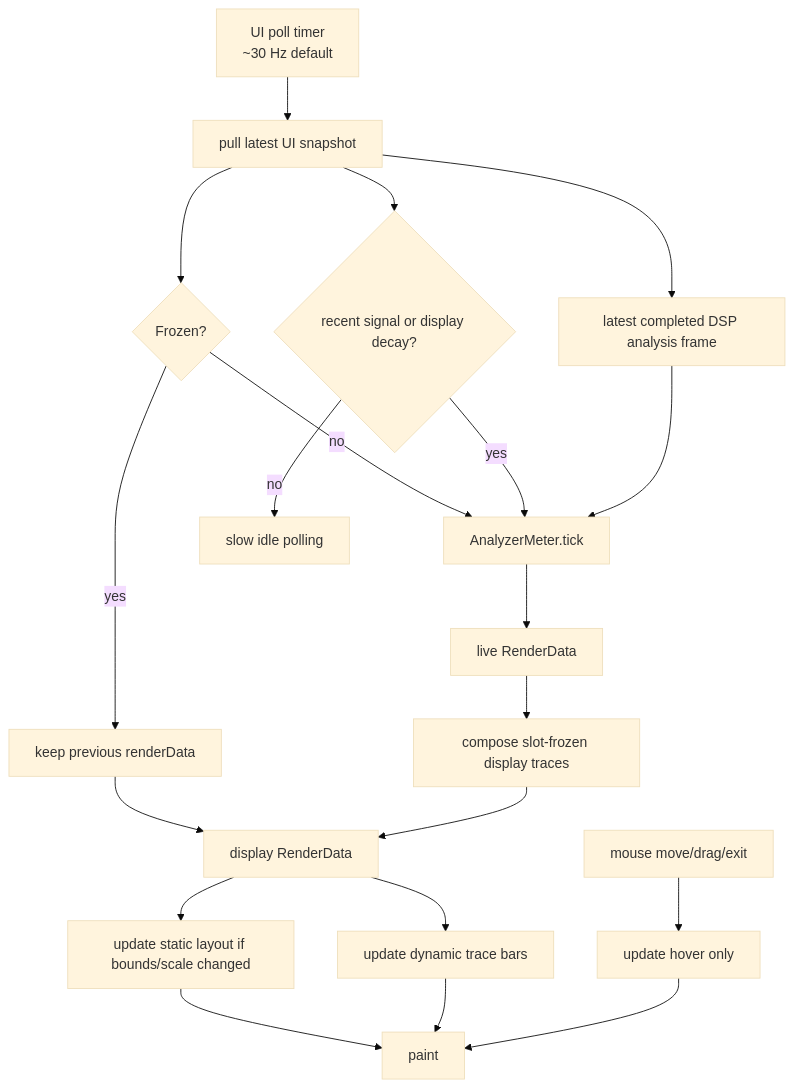
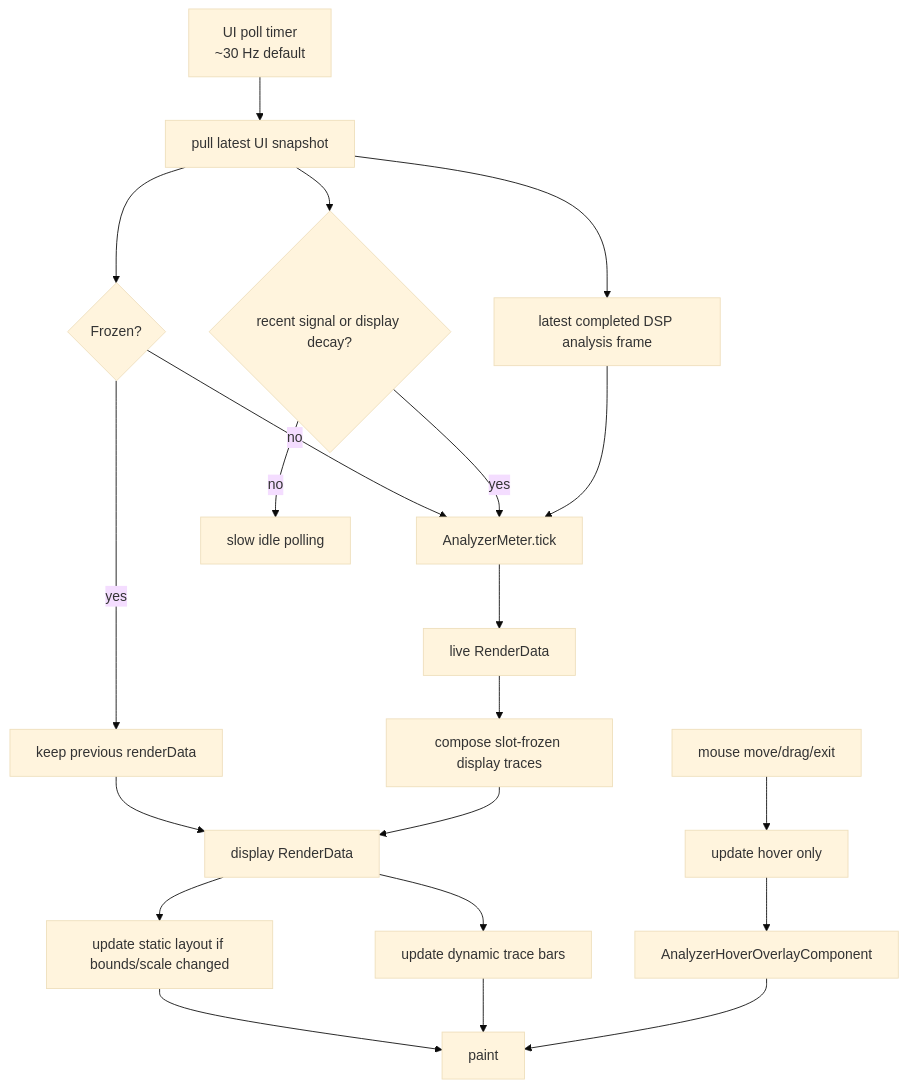
Before and after one commit to Silenterc/Band-Spectrum-Analyzer: the fourth of 10 diagrams in docs/ui-architecture.md, drawn with Mermaid (base theme). The commit also changed other lines of this file and 7 other files, not shown here.

````diff
--- a/docs/ui-architecture.md
+++ b/docs/ui-architecture.md
@@ -130,22 +140,23 @@
 ```mermaid
 flowchart TD
     Timer[UI poll timer\n~30 Hz default] --> Pull[pull latest UI snapshot]
     Pull --> Frozen{Frozen?}
     Pull --> Activity{recent signal or display decay?}
     Frozen -->|no| Meter[AnalyzerMeter.tick]
     Frozen -->|yes| Keep[keep previous renderData]
     Activity -->|no| Idle[slow idle polling]
     Activity -->|yes| Meter
     Pull --> RawFrame[latest completed DSP analysis frame]
     RawFrame --> Meter
     Meter --> LiveRender[live RenderData]
     LiveRender --> Compose[compose slot-frozen display traces]
     Keep --> RenderData
     Compose --> RenderData[display RenderData]
     RenderData --> Static[update static layout if bounds/scale changed]
     RenderData --> Dynamic[update dynamic trace bars]
     Hover[mouse move/drag/exit] --> HoverModel[update hover only]
+    HoverModel --> Overlay[AnalyzerHoverOverlayComponent]
     Static --> Paint[paint]
     Dynamic --> Paint
-    HoverModel --> Paint
+    Overlay --> Paint
 ```
````
